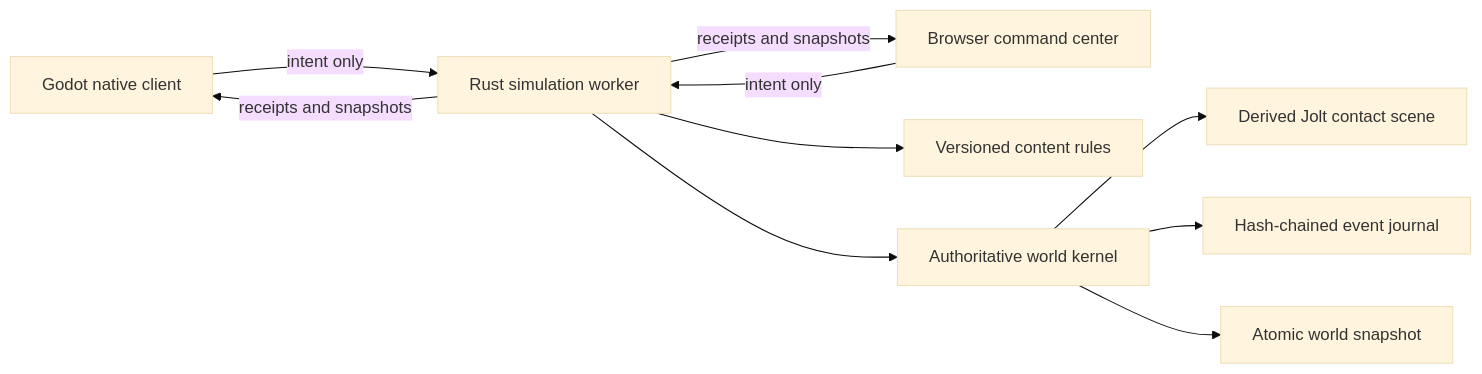
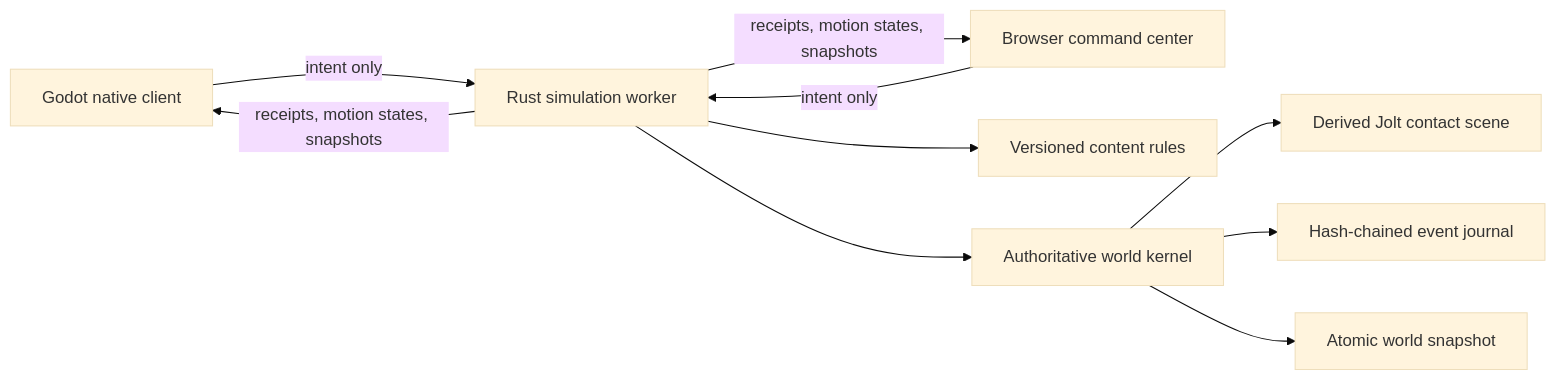
The diagram in docs/architecture/p0-implementation.md (Bittrees-Technology/the-verse), drawn with Mermaid (base theme) before and after one commit. The commit also changed other lines of this file and 8 other files, not shown here.

````diff
--- a/docs/architecture/p0-implementation.md
+++ b/docs/architecture/p0-implementation.md
@@ -9,12 +9,12 @@
 ```mermaid
 flowchart LR
     Native["Godot native client"] -->|"intent only"| Worker["Rust simulation worker"]
     Browser["Browser command center"] -->|"intent only"| Worker
     Worker --> Rules["Versioned content rules"]
     Worker --> Kernel["Authoritative world kernel"]
     Kernel --> Jolt["Derived Jolt contact scene"]
     Kernel --> Journal["Hash-chained event journal"]
     Kernel --> Snapshot["Atomic world snapshot"]
-    Worker -->|"receipts and snapshots"| Native
-    Worker -->|"receipts and snapshots"| Browser
+    Worker -->|"receipts, motion states, snapshots"| Native
+    Worker -->|"receipts, motion states, snapshots"| Browser
 ```
````
